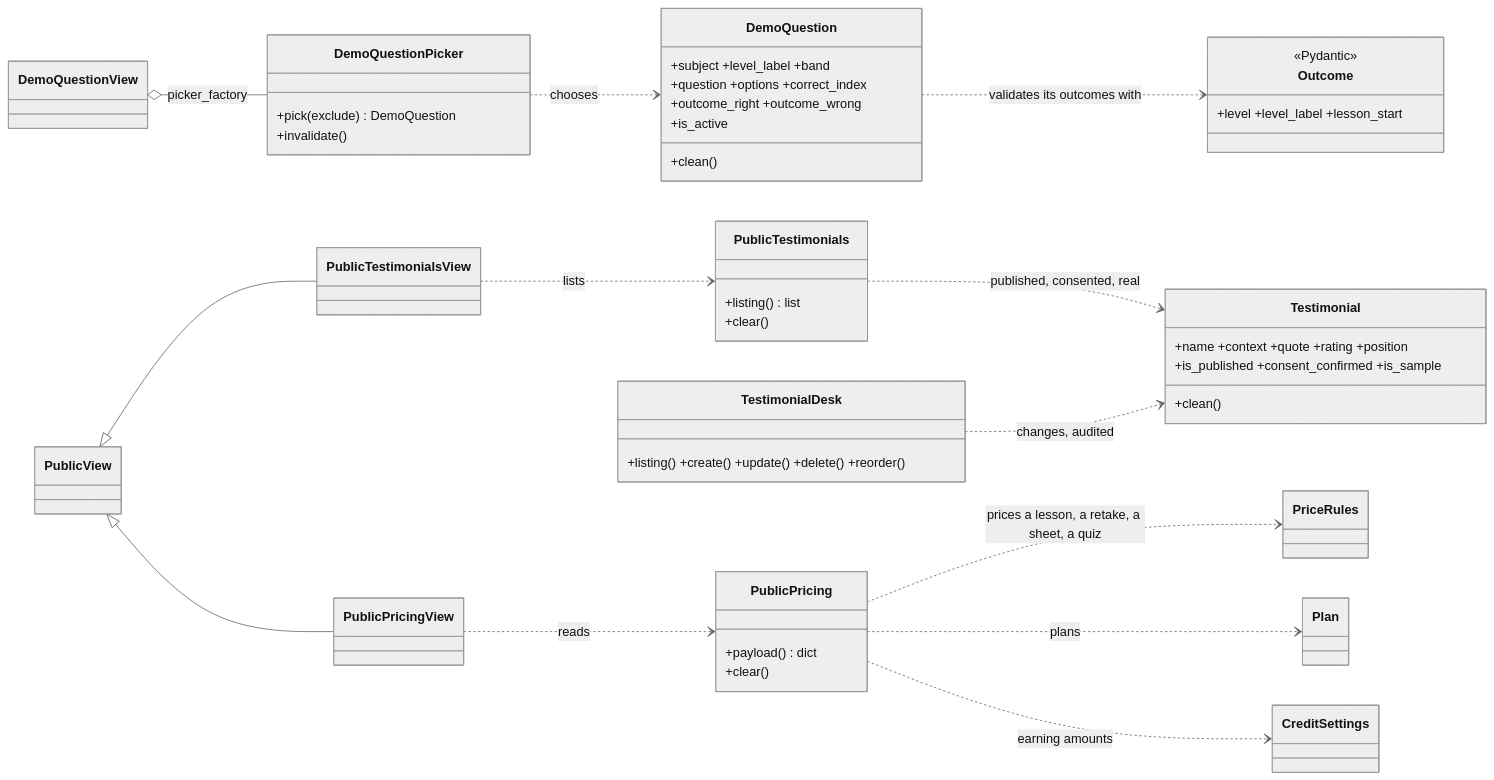
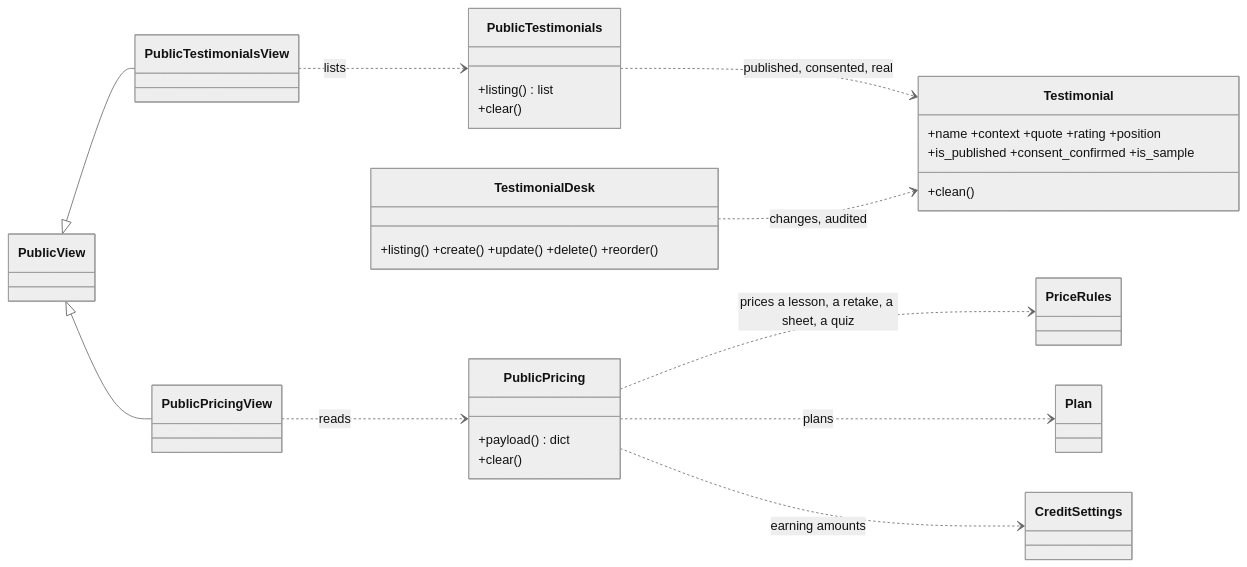
Before and after one commit to Satyamkumarjha4/Intelilearn: diagram 19 of 39 in docs/architecture/design.md, drawn with Mermaid (neutral theme). The commit also changed other lines of this file and 2 other files, not shown here.

Commit message:
docs: the primary-action tokens, and the removal of the hero question bank

````diff
--- a/docs/architecture/design.md
+++ b/docs/architecture/design.md
@@ -1706,51 +1698,32 @@
 ```mermaid
 classDiagram
     direction LR
-    class DemoQuestion {
-        +subject +level_label +band
-        +question +options +correct_index
-        +outcome_right +outcome_wrong
-        +is_active
-        +clean()
-    }
-    class Outcome {
-        <<Pydantic>>
-        +level +level_label +lesson_start
-    }
-    class DemoQuestionPicker {
-        +pick(exclude) DemoQuestion
-        +invalidate()
-    }
-    class DemoQuestionView
     class Testimonial {
         +name +context +quote +rating +position
         +is_published +consent_confirmed +is_sample
         +clean()
     }
     class PublicTestimonials {
         +listing() list
         +clear()
     }
     class PublicPricing {
         +payload() dict
         +clear()
     }
     class PublicView
     class PublicTestimonialsView
     class PublicPricingView
     class TestimonialDesk {
         +listing() +create() +update() +delete() +reorder()
     }
-    DemoQuestion ..> Outcome : validates its outcomes with
-    DemoQuestionPicker ..> DemoQuestion : chooses
-    DemoQuestionView o-- DemoQuestionPicker : picker_factory
     PublicView <|-- PublicTestimonialsView
     PublicView <|-- PublicPricingView
     PublicTestimonialsView ..> PublicTestimonials : lists
     PublicTestimonials ..> Testimonial : published, consented, real
     PublicPricingView ..> PublicPricing : reads
     PublicPricing ..> PriceRules : prices a lesson, a retake, a sheet, a quiz
     PublicPricing ..> Plan : plans
     PublicPricing ..> CreditSettings : earning amounts
     TestimonialDesk ..> Testimonial : changes, audited
 ```
````
